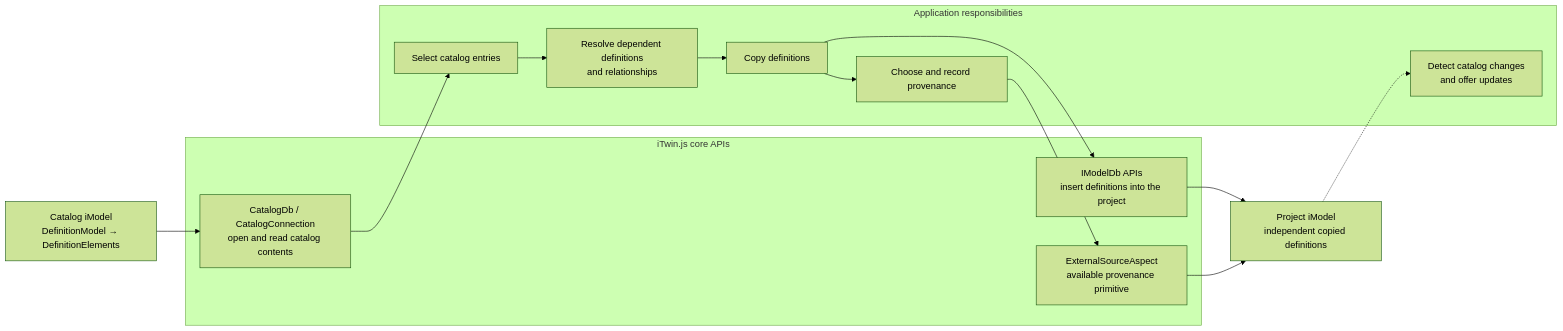
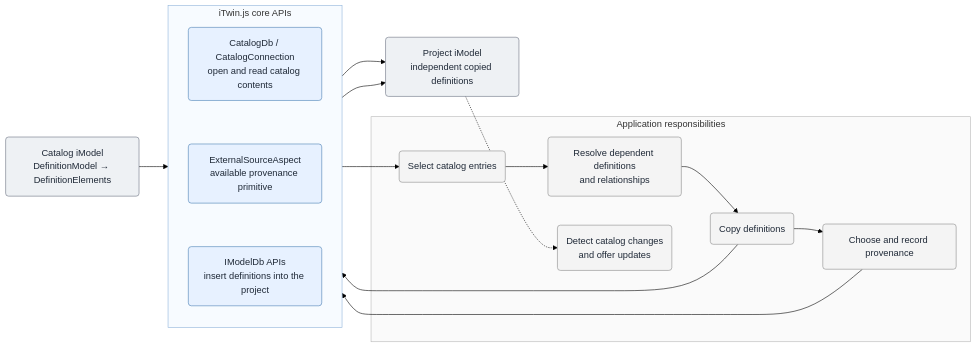
One commit to iTwin/itwinjs-core changed the diagram in docs/learning/backend/Catalogs.md. Above: the diagram before and after it, drawn with Mermaid (forest theme).

Commit message:
docs: improve catalog diagram layout

````diff
--- a/docs/learning/backend/Catalogs.md
+++ b/docs/learning/backend/Catalogs.md
@@ -24,30 +24,37 @@
 ```mermaid
 graph LR
-    C["Catalog iModel<br/>DefinitionModel → DefinitionElements"]
-    P["Project iModel<br/>independent copied definitions"]
+    C("Catalog iModel<br/>DefinitionModel → DefinitionElements")
+    P("Project iModel<br/>independent copied definitions")
 
     subgraph Core["iTwin.js core APIs"]
-        R["CatalogDb / CatalogConnection<br/>open and read catalog contents"]
-        W["IModelDb APIs<br/>insert definitions into the project"]
-        E["ExternalSourceAspect<br/>available provenance primitive"]
+        direction TB
+        R("CatalogDb / CatalogConnection<br/>open and read catalog contents")
+        E("ExternalSourceAspect<br/>available provenance primitive")
+        W("IModelDb APIs<br/>insert definitions into the project")
+        R ~~~ E
+        E ~~~ W
     end
 
     subgraph App["Application responsibilities"]
-        S["Select catalog entries"]
-        D["Resolve dependent definitions<br/>and relationships"]
-        X["Copy definitions"]
-        O["Choose and record provenance"]
-        U["Detect catalog changes<br/>and offer updates"]
+        S("Select catalog entries")
+        D("Resolve dependent definitions<br/>and relationships")
+        X("Copy definitions")
+        O("Choose and record provenance")
+        U("Detect catalog changes<br/>and offer updates")
+        S --> D --> X --> O
     end
 
-    C --> R
-    R --> S
-    S --> D
-    D --> X
-    X --> W
-    W --> P
-    X --> O
-    O --> E
-    E --> P
+    C --> R --> S
+    X --> W --> P
+    O --> E --> P
     P -.-> U
+
+    classDef data fill:#eef1f4,stroke:#6b7280,color:#1f2937
+    classDef core fill:#e7f1ff,stroke:#477db3,color:#1f2937
+    classDef app fill:#f4f4f4,stroke:#8a8a8a,color:#1f2937
+    class C,P data
+    class R,E,W core
+    class S,D,X,O,U app
+    style Core fill:#f7fbff,stroke:#8fb3d9,stroke-width:1px
+    style App fill:#fafafa,stroke:#b8b8b8,stroke-width:1px
 ```
````
